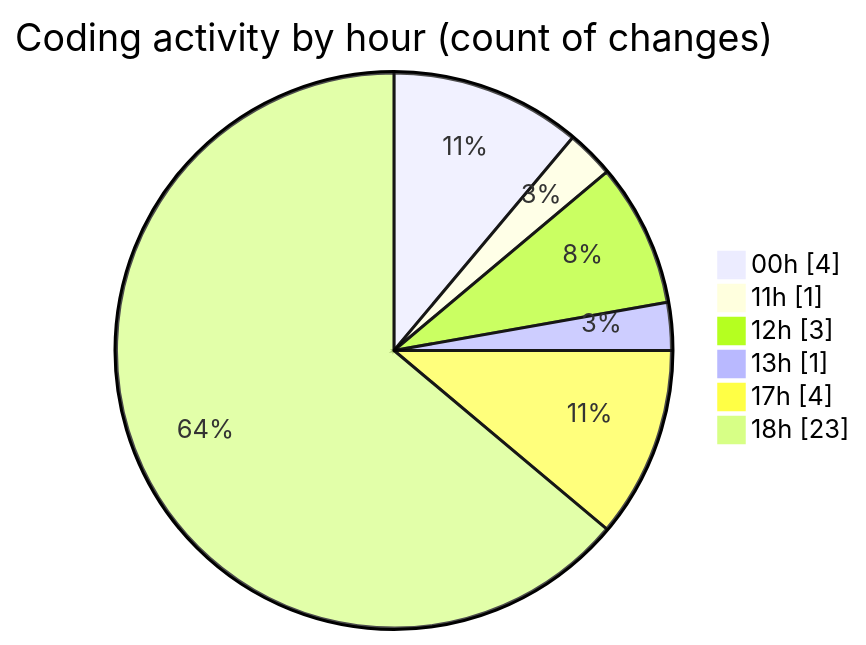
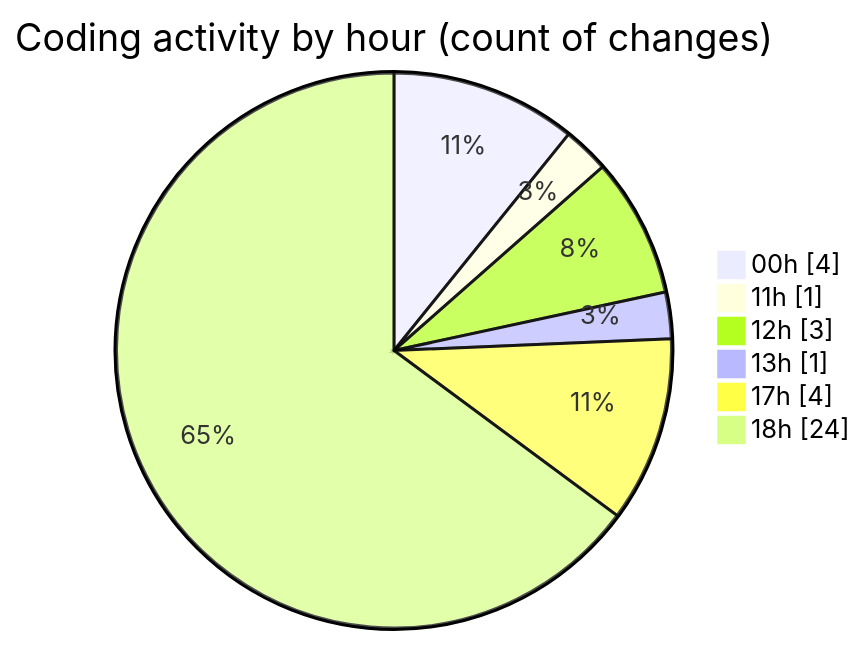
The second of 2 diagrams in 2025-11-19/eventscop-api-guide__workspace_/README.md (julien-gomy/code-tracking), drawn with Mermaid before and after one commit. The commit also changed other lines of this file and 1 other file, not shown here.

````diff
--- a/2025-11-19/eventscop-api-guide__workspace_/README.md
+++ b/2025-11-19/eventscop-api-guide__workspace_/README.md
@@ -33,10 +33,10 @@
 ```mermaid
 pie showData
 title Coding activity by hour (count of changes)
 "00h" : 4
 "11h" : 1
 "12h" : 3
 "13h" : 1
 "17h" : 4
-"18h" : 23
+"18h" : 24
 ```
````
